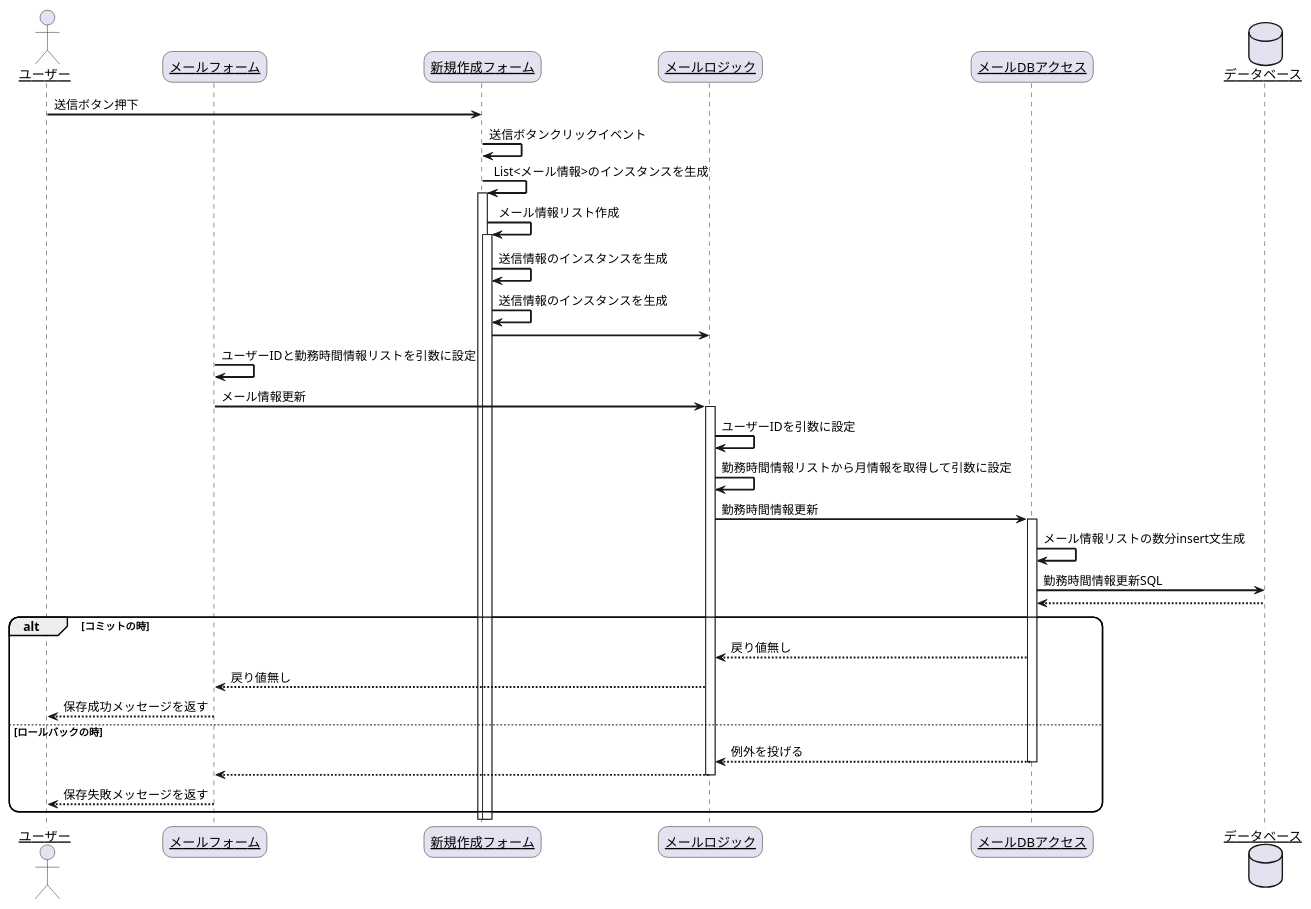
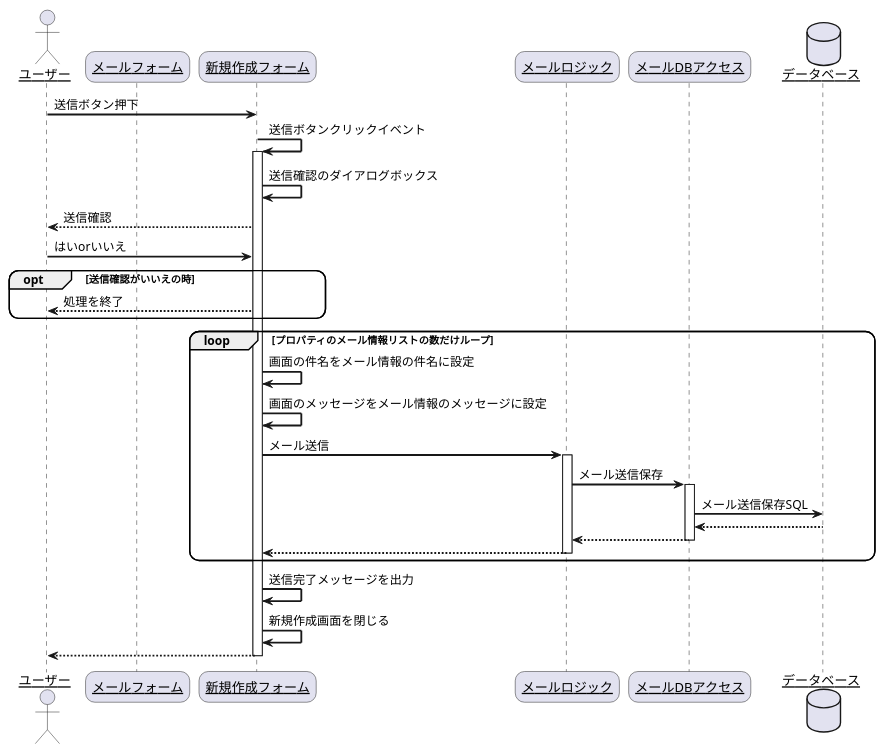
One commit to R-SAIKI/practiceUML changed the diagram in シーケンス図/メール/メール_送信.pu. Above: the diagram before and after it, drawn with PlantUML. The commit also changed 16 other files, not shown here.

```diff
--- a/シーケンス図/メール/メール_送信.pu
+++ b/シーケンス図/メール/メール_送信.pu
@@ -1,46 +1,42 @@
 @startuml
 skinparam sequenceArrowThickness 2
 skinparam roundcorner 20
 skinparam maxmessagesize 60
 skinparam sequenceParticipant underline
 
 actor "ユーザー" as user
 participant "メールフォーム" as mail_form
 participant "新規作成フォーム" as mail_create_form
 participant "メールロジック" as mail_logic
 participant "メールDBアクセス" as mail_data_acces
 database "データベース" as db
 
 user -> mail_create_form: 送信ボタン押下
 mail_create_form -> mail_create_form: 送信ボタンクリックイベント
-mail_create_form -> mail_create_form: List<メール情報>のインスタンスを生成
 activate mail_create_form
-mail_create_form -> mail_create_form: メール情報リスト作成
-activate mail_create_form
-mail_create_form -> mail_create_form: 送信情報のインスタンスを生成
-mail_create_form -> mail_create_form: 送信情報のインスタンスを生成
-mail_create_form -> mail_logic: 
-mail_form -> mail_form: ユーザーIDと勤務時間情報リストを引数に設定
-mail_form -> mail_logic: メール情報更新
-activate mail_logic
-mail_logic -> mail_logic: ユーザーIDを引数に設定
-mail_logic -> mail_logic: 勤務時間情報リストから月情報を取得して引数に設定
-mail_logic -> mail_data_acces: 勤務時間情報更新
-activate mail_data_acces
-mail_data_acces -> mail_data_acces: メール情報リストの数分insert文生成
-mail_data_acces -> db: 勤務時間情報更新SQL
-db --> mail_data_acces:
-alt コミットの時
-    mail_data_acces --> mail_logic: 戻り値無し
-    mail_logic --> mail_form: 戻り値無し
-    mail_form --> user:保存成功メッセージを返す
-else ロールバックの時
-    mail_data_acces --> mail_logic: 例外を投げる
+mail_create_form -> mail_create_form: 送信確認のダイアログボックス
+mail_create_form --> user: 送信確認
+user -> mail_create_form: はいorいいえ
+opt 送信確認がいいえの時
+    mail_create_form --> user: 処理を終了    
+end
+loop プロパティのメール情報リストの数だけループ
+    mail_create_form -> mail_create_form: 画面の件名をメール情報の件名に設定
+    mail_create_form -> mail_create_form: 画面のメッセージをメール情報のメッセージに設定
+    mail_create_form -> mail_logic: メール送信
+    activate mail_logic
+    mail_logic -> mail_data_acces: メール送信保存
+    activate mail_data_acces
+    mail_data_acces -> db: メール送信保存SQL
+    db --> mail_data_acces:
+    mail_data_acces --> mail_logic:
     deactivate mail_data_acces
-    mail_logic --> mail_form: 
+    mail_logic --> mail_create_form:
     deactivate mail_logic
-    mail_form --> user:保存失敗メッセージを返す
-    deactivate mail_form
 end
+mail_create_form -> mail_create_form: 送信完了メッセージを出力
+mail_create_form -> mail_create_form: 新規作成画面を閉じる
+mail_create_form --> user: 
+deactivate mail_create_form
 
 @enduml
```
